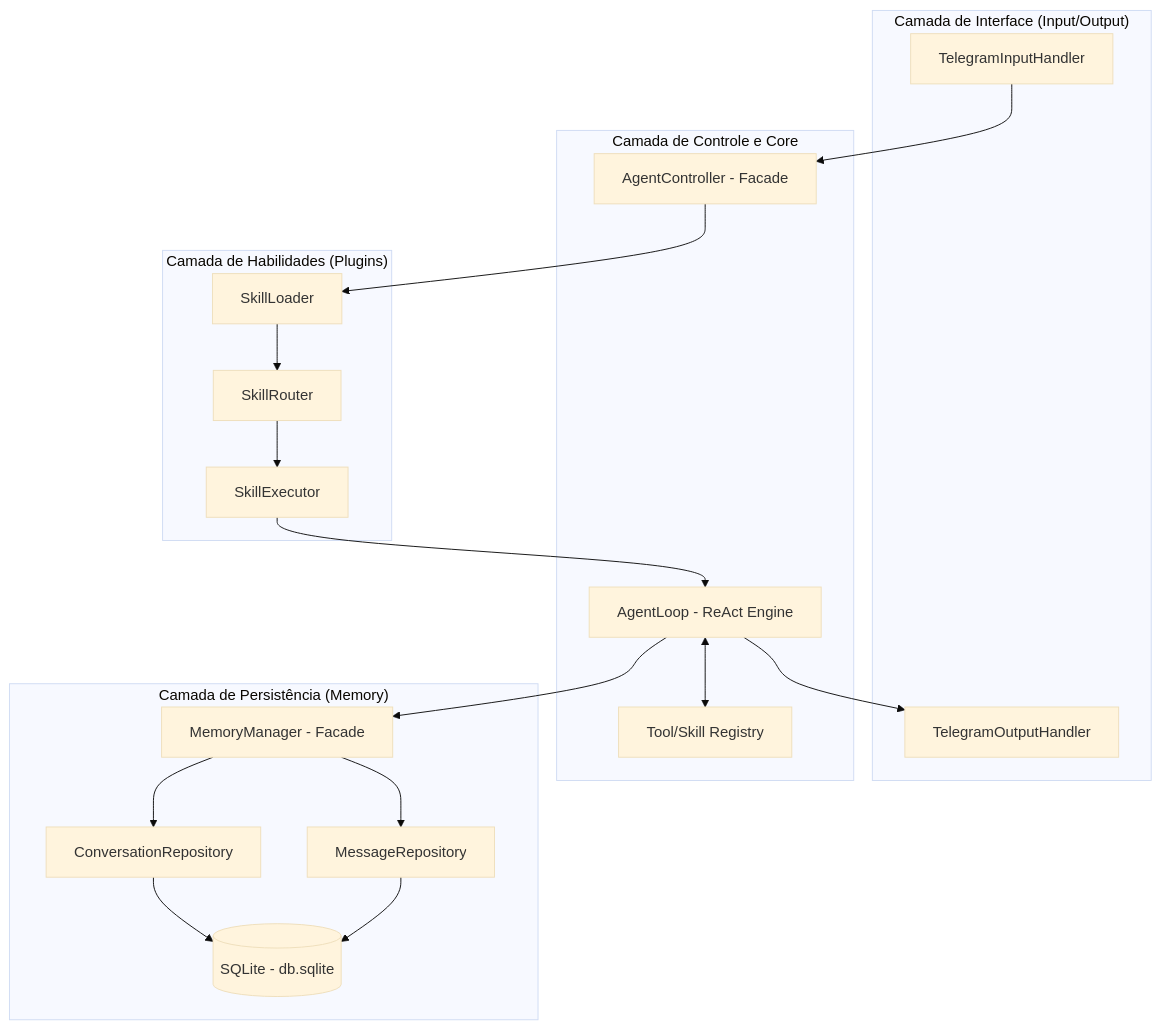
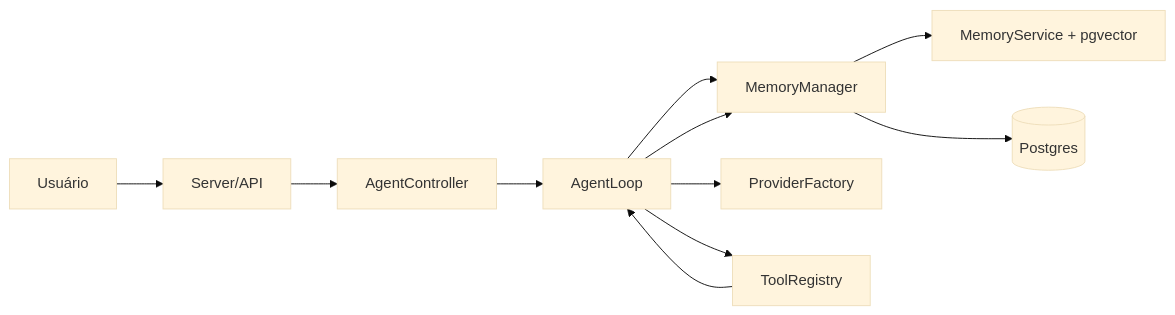
Before and after one commit to asouza-boop/AndClaw: the diagram in specs/architecture.md, drawn with Mermaid (base theme). The commit also changed other lines of this file and 9 other files, not shown here.

````diff
--- a/specs/architecture.md
+++ b/specs/architecture.md
@@ -68,37 +83,13 @@
 ```mermaid
-graph TB
-    subgraph "Camada de Interface (Input/Output)"
-        InputH[TelegramInputHandler]
-        OutputH[TelegramOutputHandler]
-    end
-
-    subgraph "Camada de Controle e Core"
-        Controller[AgentController - Facade]
-        Loop[AgentLoop - ReAct Engine]
-        Registry[Tool/Skill Registry]
-    end
-
-    subgraph "Camada de Habilidades (Plugins)"
-        SkillL[SkillLoader]
-        SkillR[SkillRouter]
-        SkillE[SkillExecutor]
-    end
-
-    subgraph "Camada de Persistência (Memory)"
-        MemM[MemoryManager - Facade]
-        ConvR[ConversationRepository]
-        MsgR[MessageRepository]
-        DB[(SQLite - db.sqlite)]
-    end
-
-    InputH --> Controller
-    Controller --> SkillL
-    SkillL --> SkillR
-    SkillR --> SkillE
-    SkillE --> Loop
-    Loop --> MemM
-    Loop <--> Registry
-    MemM --> ConvR & MsgR
-    ConvR & MsgR --> DB
-    Loop --> OutputH
+flowchart LR
+  U[Usuário] --> S[Server/API]
+  S --> C[AgentController]
+  C --> L[AgentLoop]
+  L --> M[MemoryManager]
+  M --> V[MemoryService + pgvector]
+  L --> P[ProviderFactory]
+  L --> T[ToolRegistry]
+  T --> L
+  L --> M
+  M --> DB[(Postgres)]
 ```
````
